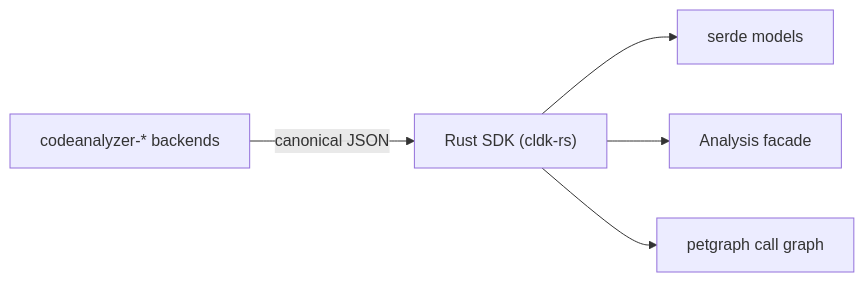
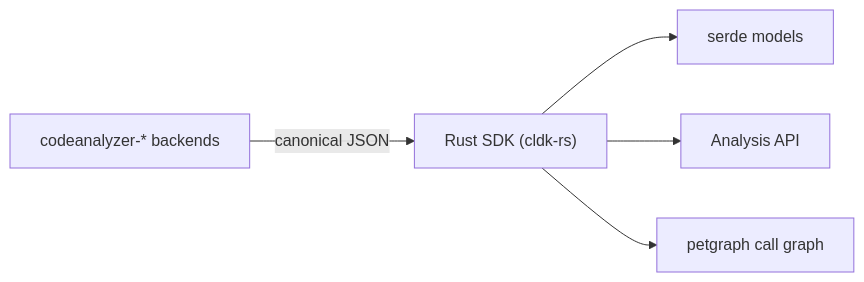
Before and after one commit to codellm-devkit/docs: the diagram in src/content/docs/contributing/rust-frontend.mdx, drawn with Mermaid. The commit also changed other lines of this file and 28 other files, not shown here.

````diff
--- a/src/content/docs/contributing/rust-frontend.mdx
+++ b/src/content/docs/contributing/rust-frontend.mdx
@@ -18,7 +18,7 @@
 ```mermaid
 flowchart LR
     CA["codeanalyzer-* backends"] -->|canonical JSON| RS["Rust SDK (cldk-rs)"]
     RS --> M["serde models"]
-    RS --> F["Analysis facade"]
+    RS --> F["Analysis API"]
     RS --> G["petgraph call graph"]
 ```
````
